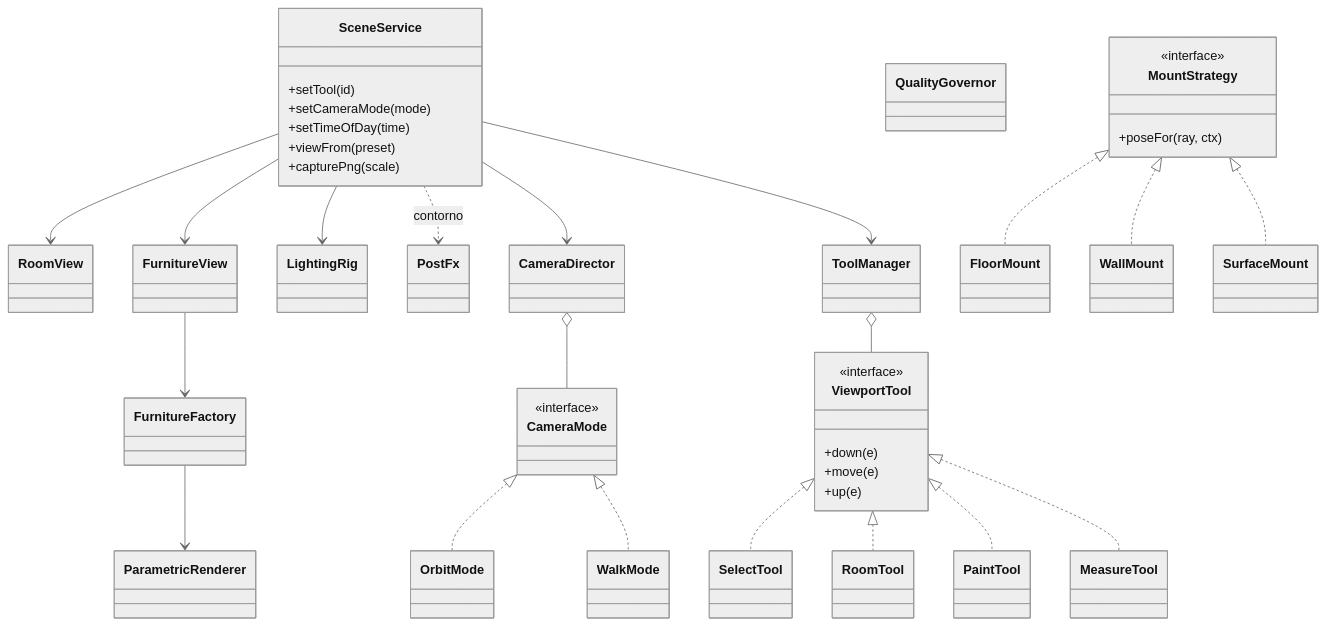
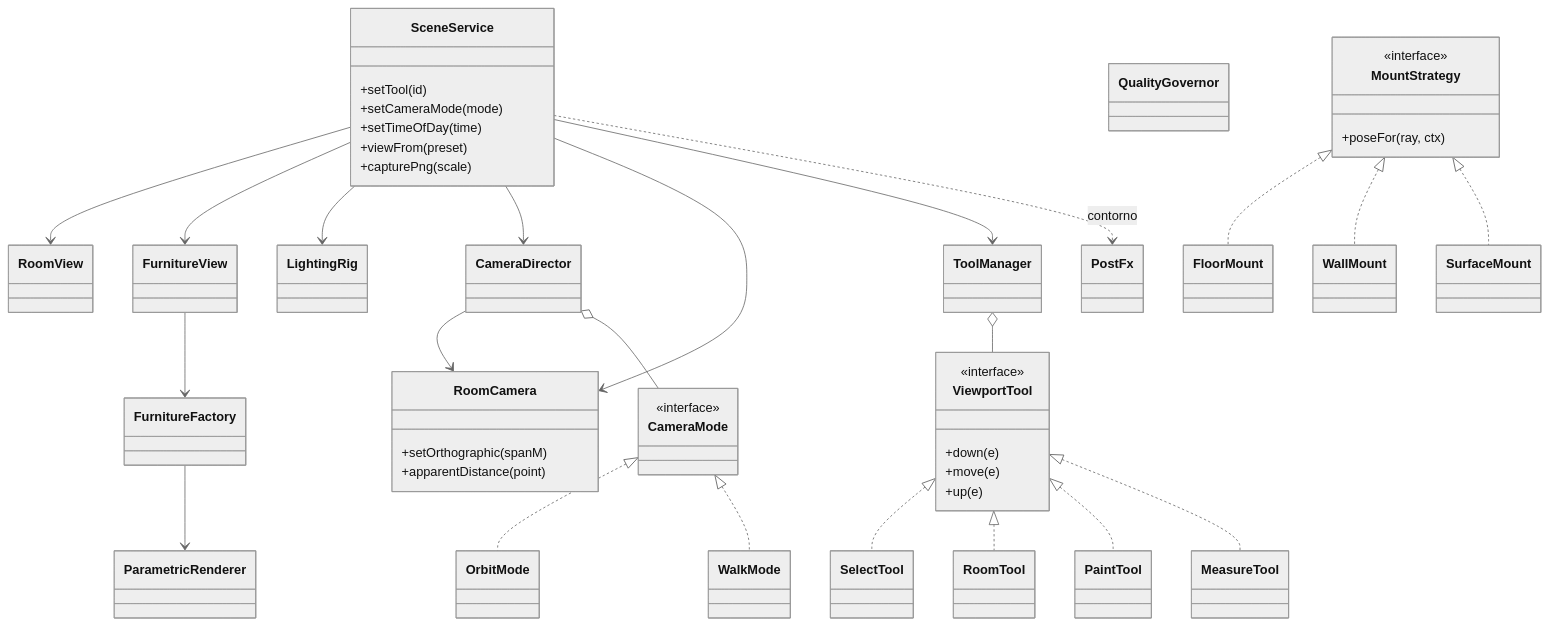
The second of 5 diagrams in docs/diagrama-de-clases.md (St-Alejo/dise-o_int), drawn with Mermaid (neutral theme) before and after one commit. The commit also changed other lines of this file and 5 other files, not shown here.

First line of the commit message:
docs: ADR-0022, diagrama de clases y README al día con el plan v6

````diff
--- a/docs/diagrama-de-clases.md
+++ b/docs/diagrama-de-clases.md
@@ -59,61 +59,67 @@
 ```mermaid
 classDiagram
   class SceneService {
     +setTool(id)
     +setCameraMode(mode)
     +setTimeOfDay(time)
     +viewFrom(preset)
     +capturePng(scale)
   }
   class RoomView
   class FurnitureView
   class LightingRig
   class PostFx
   class QualityGovernor
   class CameraDirector
+  class RoomCamera {
+    +setOrthographic(spanM)
+    +apparentDistance(point)
+  }
   class CameraMode {
     <<interface>>
   }
   class OrbitMode
   class WalkMode
   class ToolManager
   class ViewportTool {
     <<interface>>
     +down(e)
     +move(e)
     +up(e)
   }
   class SelectTool
   class RoomTool
   class PaintTool
   class MeasureTool
   class MountStrategy {
     <<interface>>
     +poseFor(ray, ctx)
   }
   class FloorMount
   class WallMount
   class SurfaceMount
   class FurnitureFactory
   class ParametricRenderer
 
   SceneService --> RoomView
   SceneService --> FurnitureView
   SceneService --> LightingRig
   SceneService --> CameraDirector
+  SceneService --> RoomCamera
+  CameraDirector --> RoomCamera
   SceneService --> ToolManager
   SceneService ..> PostFx : contorno
   CameraDirector o-- CameraMode
   CameraMode <|.. OrbitMode
   CameraMode <|.. WalkMode
   ToolManager o-- ViewportTool
   ViewportTool <|.. SelectTool
   ViewportTool <|.. RoomTool
   ViewportTool <|.. PaintTool
   ViewportTool <|.. MeasureTool
   MountStrategy <|.. FloorMount
   MountStrategy <|.. WallMount
   MountStrategy <|.. SurfaceMount
   FurnitureView --> FurnitureFactory
   FurnitureFactory --> ParametricRenderer
 ```
````
